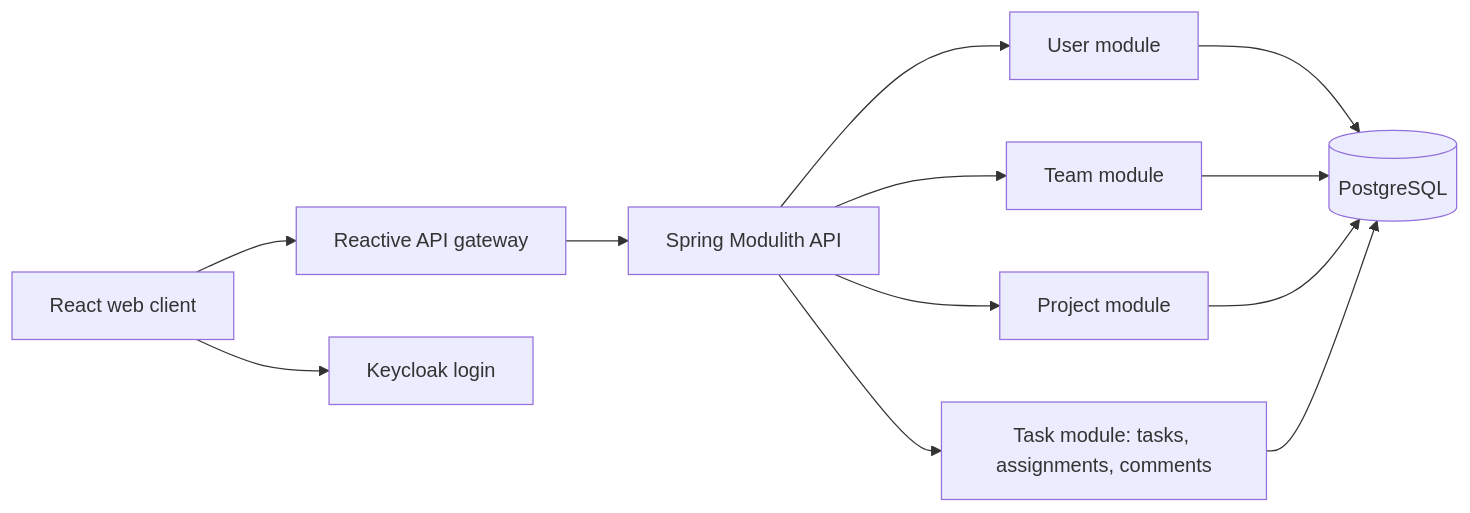
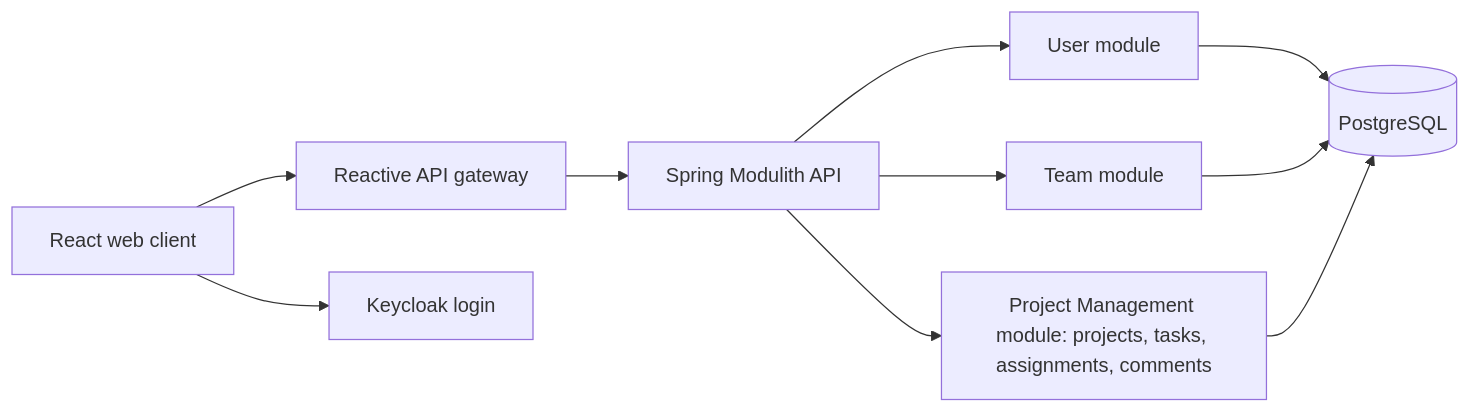
The diagram in docs/architecture.md (WikiCoding/matriz-ai_powered_engineering_course), drawn with Mermaid before and after one commit. The commit also changed other lines of this file and 7 other files, not shown here.

````diff
--- a/docs/architecture.md
+++ b/docs/architecture.md
@@ -23,14 +23,12 @@
 ```mermaid
 flowchart LR
   Web[React web client] --> Gateway[Reactive API gateway]
   Web --> KC[Keycloak login]
   Gateway --> API[Spring Modulith API]
   API --> Users[User module]
   API --> Teams[Team module]
-  API --> Projects[Project module]
-  API --> Tasks[Task module: tasks, assignments, comments]
+  API --> ProjectManagement[Project Management module: projects, tasks, assignments, comments]
   Users --> DB[(PostgreSQL)]
   Teams --> DB
-  Projects --> DB
-  Tasks --> DB
+  ProjectManagement --> DB
 ```
````
